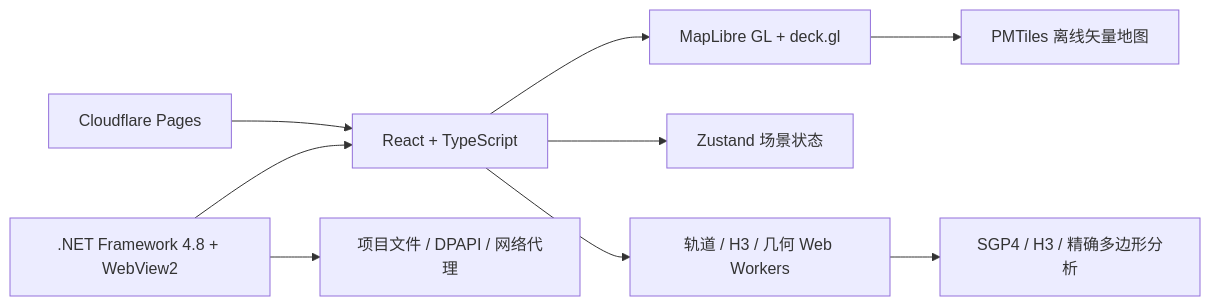
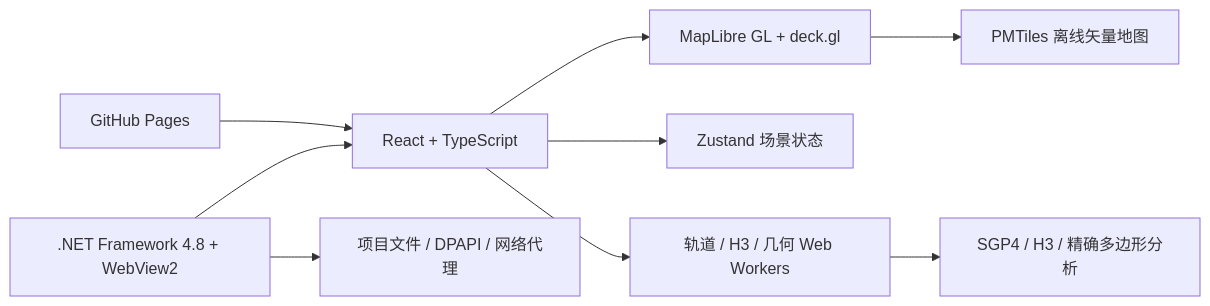
The diagram in README.md (Jensen-Yao/stripe), drawn with Mermaid before and after one commit. The commit also changed other lines of this file and 9 other files, not shown here.

Commit message:
feat: redesign workbench and publish GitHub Pages

````diff
--- a/README.md
+++ b/README.md
@@ -67,11 +67,11 @@
 ```mermaid
 flowchart LR
   Desktop[".NET Framework 4.8 + WebView2"] --> UI["React + TypeScript"]
-  Cloud["Cloudflare Pages"] --> UI
+  Pages["GitHub Pages"] --> UI
   UI --> Map["MapLibre GL + deck.gl"]
   UI --> State["Zustand 场景状态"]
   UI --> Workers["轨道 / H3 / 几何 Web Workers"]
   Desktop --> Native["项目文件 / DPAPI / 网络代理"]
   Map --> Offline["PMTiles 离线矢量地图"]
   Workers --> Models["SGP4 / H3 / 精确多边形分析"]
 ```
````
